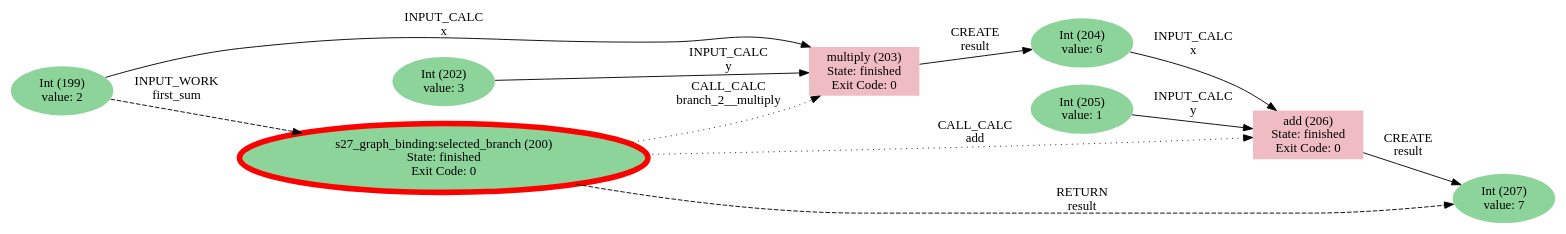
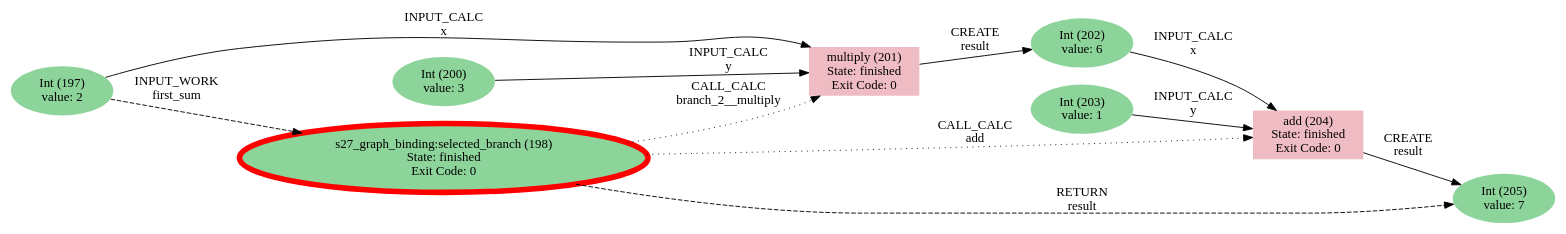
One commit to GeigerJ2/2026-11-19-v3-graph-language changed the diagram in scripts/generated/s27_input_2.dot. Above: the diagram before and after it, drawn with Graphviz. The commit also changed 92 other files, not shown here.

```diff
--- a/scripts/generated/s27_input_2.dot
+++ b/scripts/generated/s27_input_2.dot
@@ -1,42 +1,42 @@
 digraph {
 	graph [rankdir=LR]
-	N200 [label="s27_graph_binding:selected_branch (200)
+	N198 [label="s27_graph_binding:selected_branch (198)
 State: finished
 Exit Code: 0" color=red fillcolor="#8cd499ff" penwidth=6 shape=ellipse style=filled]
-	N199 [label="Int (199)
+	N197 [label="Int (197)
 value: 2" fillcolor="#8cd499ff" penwidth=0 shape=ellipse style=filled]
-	N202 [label="Int (202)
+	N200 [label="Int (200)
 value: 3" fillcolor="#8cd499ff" penwidth=0 shape=ellipse style=filled]
-	N203 [label="multiply (203)
+	N201 [label="multiply (201)
 State: finished
 Exit Code: 0" fillcolor="#de707f77" penwidth=0 shape=rectangle style=filled]
-	N204 [label="Int (204)
+	N202 [label="Int (202)
 value: 6" fillcolor="#8cd499ff" penwidth=0 shape=ellipse style=filled]
-	N205 [label="Int (205)
+	N203 [label="Int (203)
 value: 1" fillcolor="#8cd499ff" penwidth=0 shape=ellipse style=filled]
-	N206 [label="add (206)
+	N204 [label="add (204)
 State: finished
 Exit Code: 0" fillcolor="#de707f77" penwidth=0 shape=rectangle style=filled]
-	N207 [label="Int (207)
+	N205 [label="Int (205)
 value: 7" fillcolor="#8cd499ff" penwidth=0 shape=ellipse style=filled]
-	N200 -> N207 [label="RETURN
+	N203 -> N204 [label="INPUT_CALC
+y" color="#000000" style=solid]
+	N198 -> N201 [label="CALL_CALC
+branch_2__multiply" color="#000000" style=dotted]
+	N197 -> N201 [label="INPUT_CALC
+x" color="#000000" style=solid]
+	N198 -> N205 [label="RETURN
 result" color="#000000" style=dashed]
-	N199 -> N200 [label="INPUT_WORK
+	N197 -> N198 [label="INPUT_WORK
 first_sum" color="#000000" style=dashed]
-	N199 -> N203 [label="INPUT_CALC
+	N200 -> N201 [label="INPUT_CALC
+y" color="#000000" style=solid]
+	N201 -> N202 [label="CREATE
+result" color="#000000" style=solid]
+	N204 -> N205 [label="CREATE
+result" color="#000000" style=solid]
+	N202 -> N204 [label="INPUT_CALC
 x" color="#000000" style=solid]
-	N206 -> N207 [label="CREATE
-result" color="#000000" style=solid]
-	N203 -> N204 [label="CREATE
-result" color="#000000" style=solid]
-	N202 -> N203 [label="INPUT_CALC
-y" color="#000000" style=solid]
-	N204 -> N206 [label="INPUT_CALC
-x" color="#000000" style=solid]
-	N200 -> N206 [label="CALL_CALC
+	N198 -> N204 [label="CALL_CALC
 add" color="#000000" style=dotted]
-	N200 -> N203 [label="CALL_CALC
-branch_2__multiply" color="#000000" style=dotted]
-	N205 -> N206 [label="INPUT_CALC
-y" color="#000000" style=solid]
 }
```
